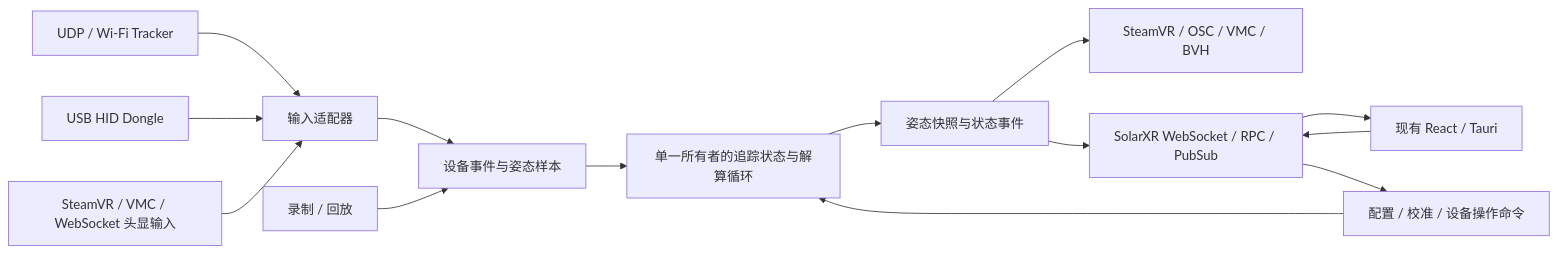
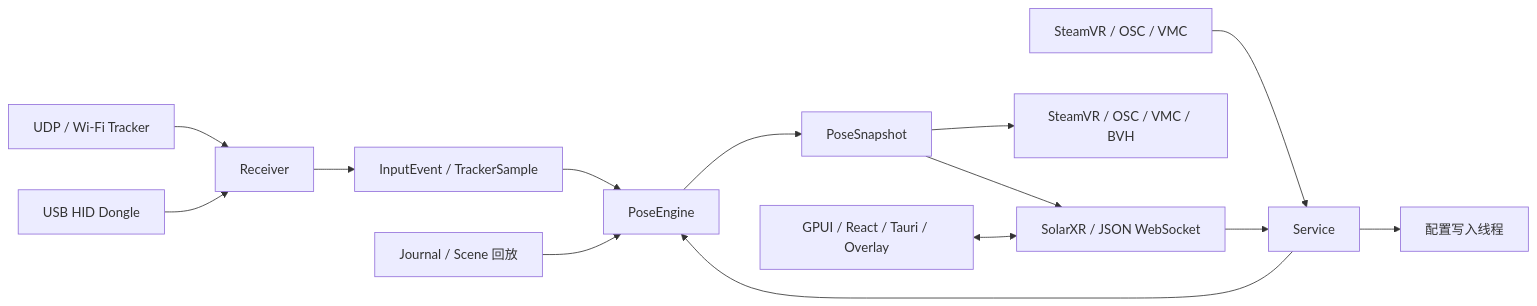
One commit to grayawa/SlimeVR-Rust changed the diagram in docs/rust-backend-rewrite-plan.zh-CN.md. Above: the diagram before and after it, drawn with Mermaid. The commit also changed other lines of this file and 140 other files, not shown here.

````diff
--- a/docs/rust-backend-rewrite-plan.zh-CN.md
+++ b/docs/rust-backend-rewrite-plan.zh-CN.md
@@ -33,16 +7,16 @@
 ```mermaid
 flowchart LR
-    UDP[UDP / Wi-Fi Tracker] --> INPUT[输入适配器]
-    HID[USB HID Dongle] --> INPUT
-    HMD[SteamVR / VMC / WebSocket 头显输入] --> INPUT
-    INPUT --> EVENTS[设备事件与姿态样本]
-    EVENTS --> CORE[单一所有者的追踪状态与解算循环]
-    FILE[录制 / 回放] --> EVENTS
-    CORE --> SNAPSHOT[姿态快照与状态事件]
-    SNAPSHOT --> OUT[SteamVR / OSC / VMC / BVH]
-    SNAPSHOT --> API[SolarXR WebSocket / RPC / PubSub]
-    API --> GUI[现有 React / Tauri]
-    GUI --> API
-    API --> COMMAND[配置 / 校准 / 设备操作命令]
-    COMMAND --> CORE
+    UDP[UDP / Wi-Fi Tracker] --> Receiver[Receiver]
+    HID[USB HID Dongle] --> Receiver
+    External[SteamVR / OSC / VMC] --> Service[Service]
+    Receiver --> Events[InputEvent / TrackerSample]
+    Events --> Engine[PoseEngine]
+    Service --> Engine
+    Journal[Journal / Scene 回放] --> Engine
+    Engine --> Snapshot[PoseSnapshot]
+    Snapshot --> Outputs[SteamVR / OSC / VMC / BVH]
+    Snapshot --> API[SolarXR / JSON WebSocket]
+    GUI[GPUI / React / Tauri / Overlay] <--> API
+    API --> Service
+    Service --> Writer[配置写入线程]
 ```
````
